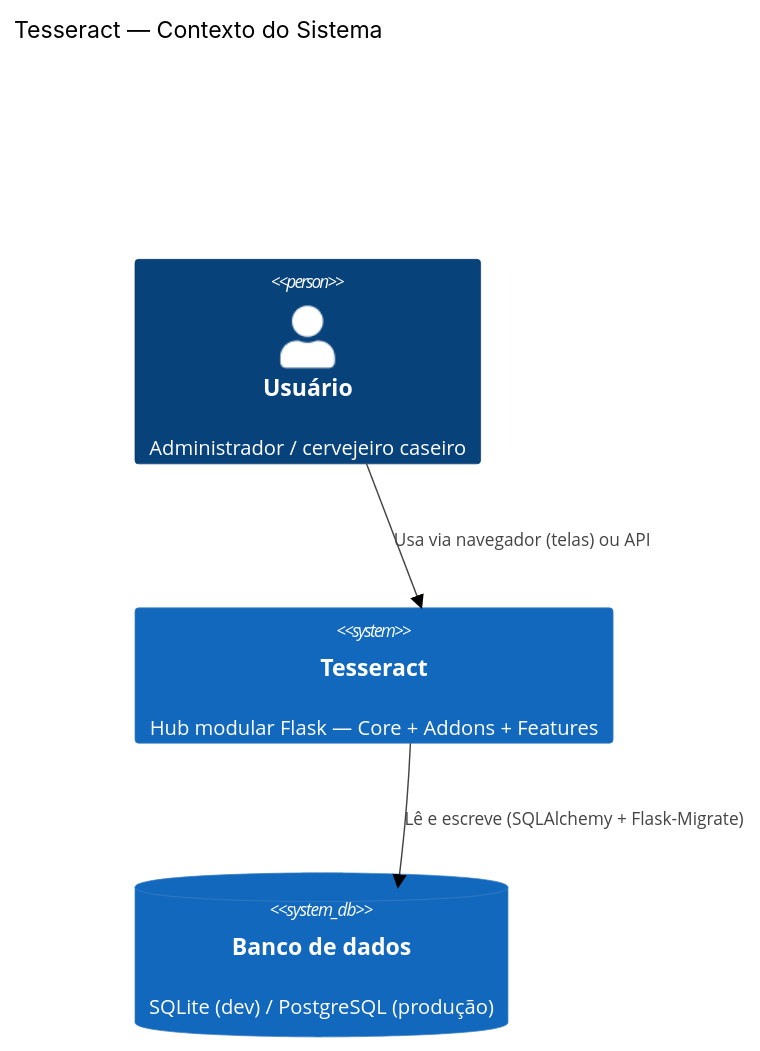
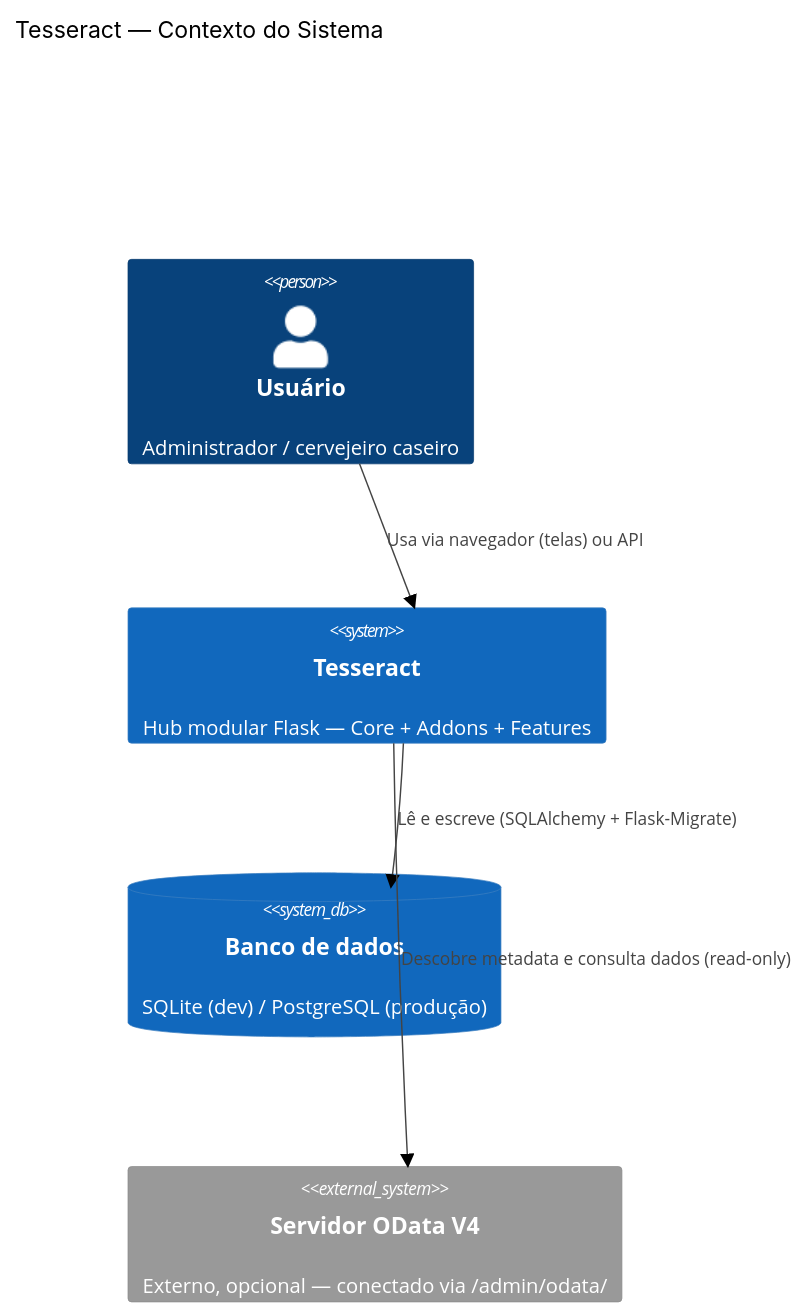
One commit to ChristopherNicolasSMM/Tesseract changed the first of 3 diagrams in docs/technical/02-diagrama-c4.md. Above: the diagram before and after it, drawn with Mermaid (forest theme). The commit also changed other lines of this file and 24 other files, not shown here.

````diff
--- a/docs/technical/02-diagrama-c4.md
+++ b/docs/technical/02-diagrama-c4.md
@@ -5,11 +5,13 @@
 ```mermaid
 C4Context
     title Tesseract — Contexto do Sistema
 
     Person(user, "Usuário", "Administrador / cervejeiro caseiro")
     System(tesseract, "Tesseract", "Hub modular Flask — Core + Addons + Features")
     SystemDb(db, "Banco de dados", "SQLite (dev) / PostgreSQL (produção)")
+    System_Ext(odata, "Servidor OData V4", "Externo, opcional — conectado via /admin/odata/")
 
     Rel(user, tesseract, "Usa via navegador (telas) ou API")
     Rel(tesseract, db, "Lê e escreve (SQLAlchemy + Flask-Migrate)")
+    Rel(tesseract, odata, "Descobre metadata e consulta dados (read-only)")
 ```
````
